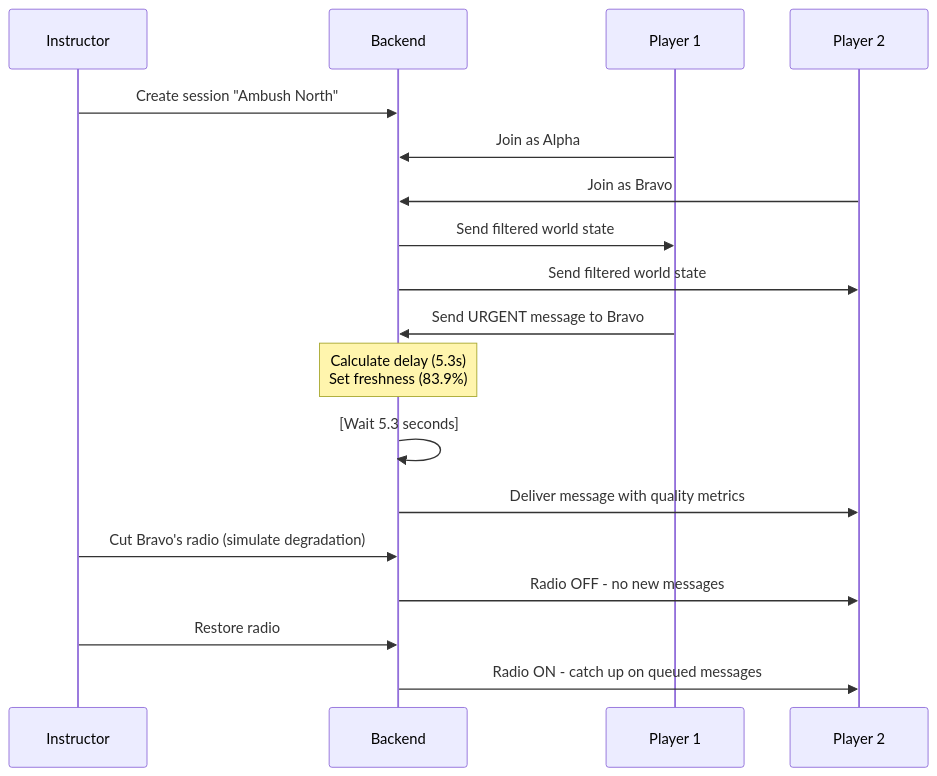
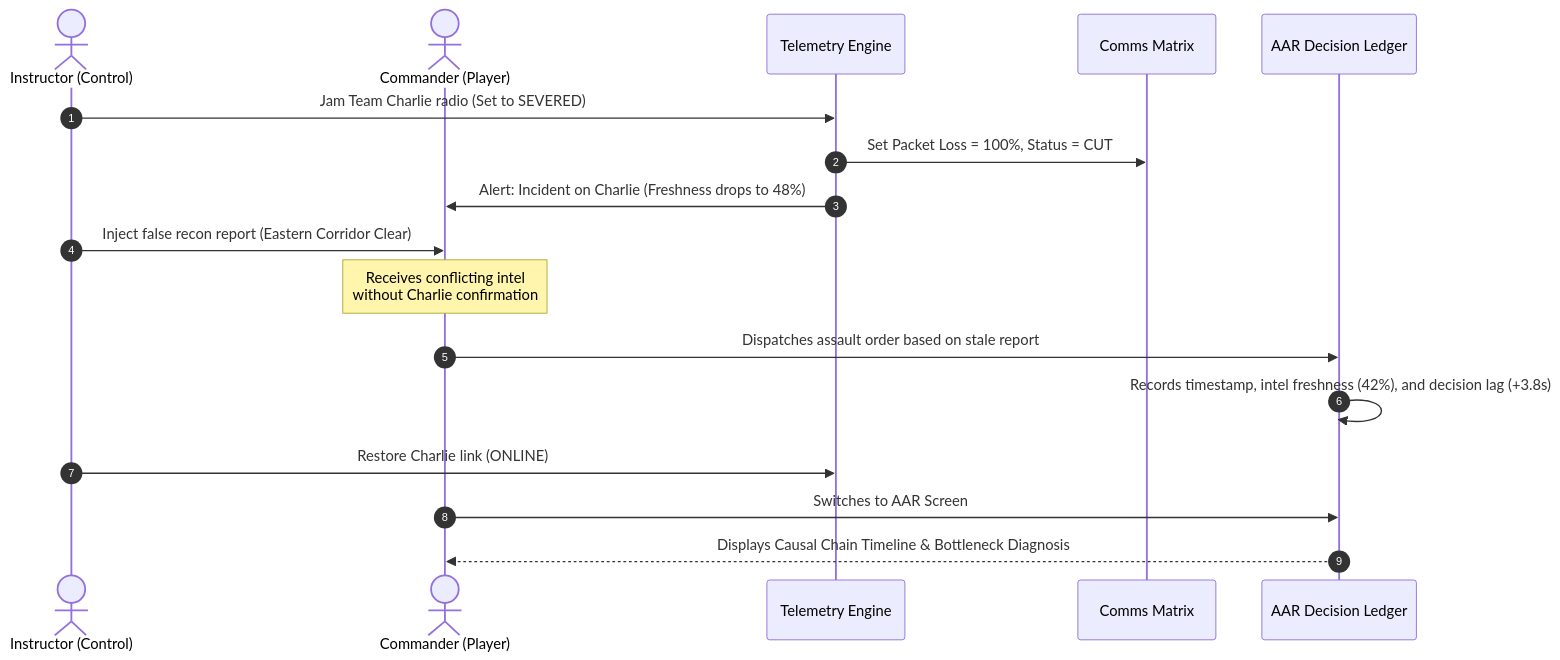
The third of 5 diagrams in README.md (ghostknight10/SIH2), drawn with Mermaid before and after one commit. The commit also changed other lines of this file and 41 other files, not shown here.

````diff
--- a/README.md
+++ b/README.md
@@ -106,21 +122,20 @@
 ```mermaid
 sequenceDiagram
-    participant I as Instructor
-    participant B as Backend
-    participant P1 as Player 1
-    participant P2 as Player 2
-    
-    I->>B: Create session "Ambush North"
-    P1->>B: Join as Alpha
-    P2->>B: Join as Bravo
-    B->>P1: Send filtered world state
-    B->>P2: Send filtered world state
-    P1->>B: Send URGENT message to Bravo
-    Note over B: Calculate delay (5.3s)<br/>Set freshness (83.9%)
-    B->>B: [Wait 5.3 seconds]
-    B->>P2: Deliver message with quality metrics
-    I->>B: Cut Bravo's radio (simulate degradation)
-    B->>P2: Radio OFF - no new messages
-    I->>B: Restore radio
-    B->>P2: Radio ON - catch up on queued messages
+    autonumber
+    actor Instructor as Instructor (Control)
+    actor Commander as Commander (Player)
+    participant Telemetry as Telemetry Engine
+    participant Matrix as Comms Matrix
+    participant AAR as AAR Decision Ledger
+
+    Instructor->>Telemetry: Jam Team Charlie radio (Set to SEVERED)
+    Telemetry->>Matrix: Set Packet Loss = 100%, Status = CUT
+    Telemetry->>Commander: Alert: Incident on Charlie (Freshness drops to 48%)
+    Instructor->>Commander: Inject false recon report (Eastern Corridor Clear)
+    Note over Commander: Receives conflicting intel<br/>without Charlie confirmation
+    Commander->>AAR: Dispatches assault order based on stale report
+    AAR->>AAR: Records timestamp, intel freshness (42%), and decision lag (+3.8s)
+    Instructor->>Telemetry: Restore Charlie link (ONLINE)
+    Commander->>AAR: Switches to AAR Screen
+    AAR-->>Commander: Displays Causal Chain Timeline & Bottleneck Diagnosis
 ```
````
